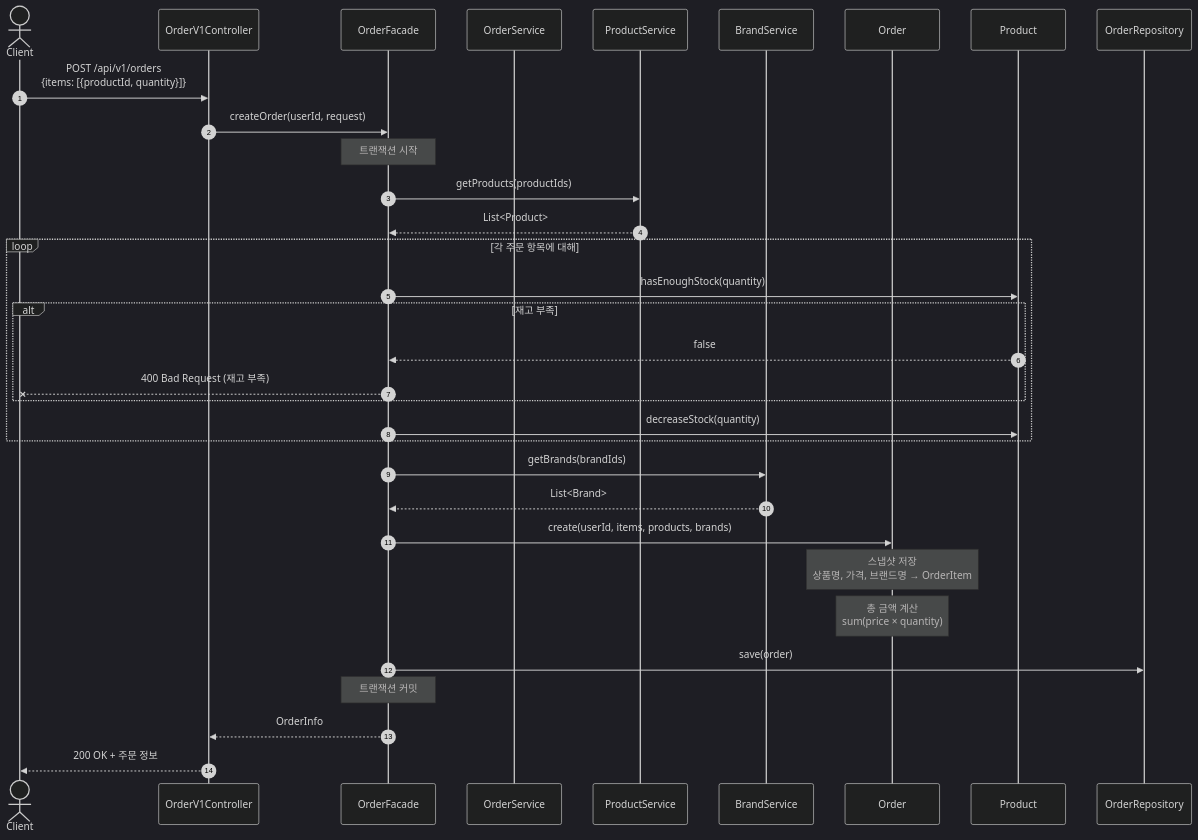
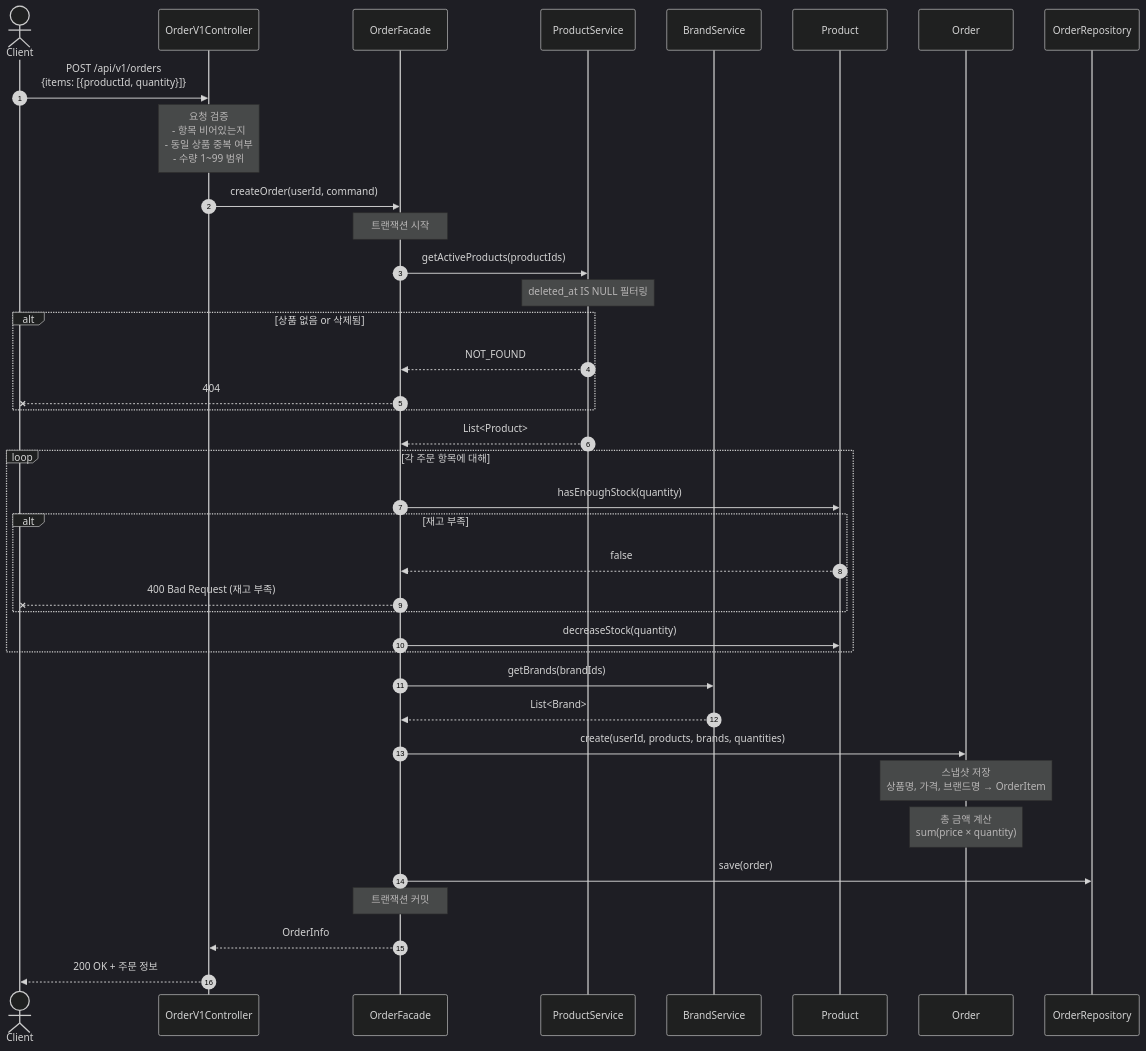
Before and after one commit to letsgojh0810/loop-pack-be-l2-vol3-java: the first of 3 diagrams in docs/design/02-sequence-diagrams.md, drawn with Mermaid (dark theme). The commit also changed other lines of this file and 3 other files, not shown here.

````diff
--- a/docs/design/02-sequence-diagrams.md
+++ b/docs/design/02-sequence-diagrams.md
@@ -18,44 +17,51 @@
 ```mermaid
 sequenceDiagram
     autonumber
     actor Client
     participant Controller as OrderV1Controller
     participant Facade as OrderFacade
-    participant OrderService as OrderService
     participant ProductService as ProductService
     participant BrandService as BrandService
+    participant Product as Product
     participant Order as Order
-    participant Product as Product
     participant OrderRepo as OrderRepository
 
     Client->>Controller: POST /api/v1/orders<br/>{items: [{productId, quantity}]}
-    Controller->>Facade: createOrder(userId, request)
+
+    Note over Controller: 요청 검증<br/>- 항목 비어있는지<br/>- 동일 상품 중복 여부<br/>- 수량 1~99 범위
+
+    Controller->>Facade: createOrder(userId, command)
 
     Note over Facade: 트랜잭션 시작
 
-    Facade->>ProductService: getProducts(productIds)
+    Facade->>ProductService: getActiveProducts(productIds)
+    Note over ProductService: deleted_at IS NULL 필터링
+    alt 상품 없음 or 삭제됨
+        ProductService-->>Facade: NOT_FOUND
+        Facade--xClient: 404
+    end
     ProductService-->>Facade: List<Product>
 
     loop 각 주문 항목에 대해
         Facade->>Product: hasEnoughStock(quantity)
         alt 재고 부족
             Product-->>Facade: false
             Facade--xClient: 400 Bad Request (재고 부족)
         end
         Facade->>Product: decreaseStock(quantity)
     end
 
     Facade->>BrandService: getBrands(brandIds)
     BrandService-->>Facade: List<Brand>
 
-    Facade->>Order: create(userId, items, products, brands)
+    Facade->>Order: create(userId, products, brands, quantities)
     Note over Order: 스냅샷 저장<br/>상품명, 가격, 브랜드명 → OrderItem
     Note over Order: 총 금액 계산<br/>sum(price × quantity)
 
     Facade->>OrderRepo: save(order)
 
     Note over Facade: 트랜잭션 커밋
 
     Facade-->>Controller: OrderInfo
     Controller-->>Client: 200 OK + 주문 정보
 ```
````
